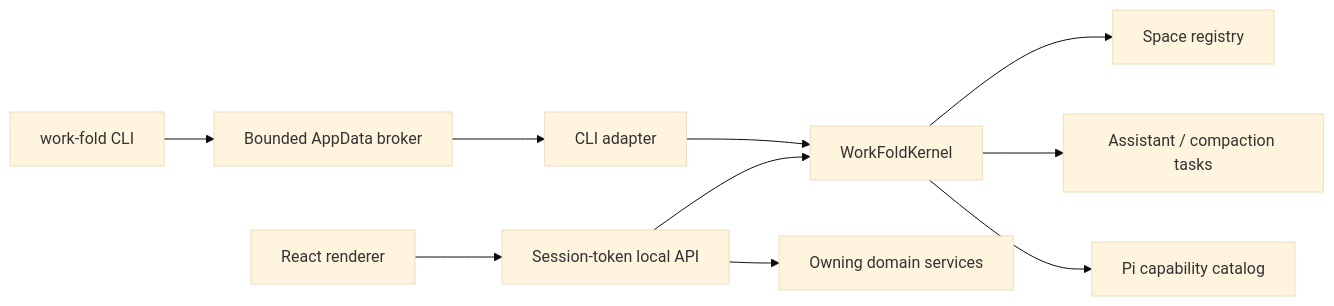
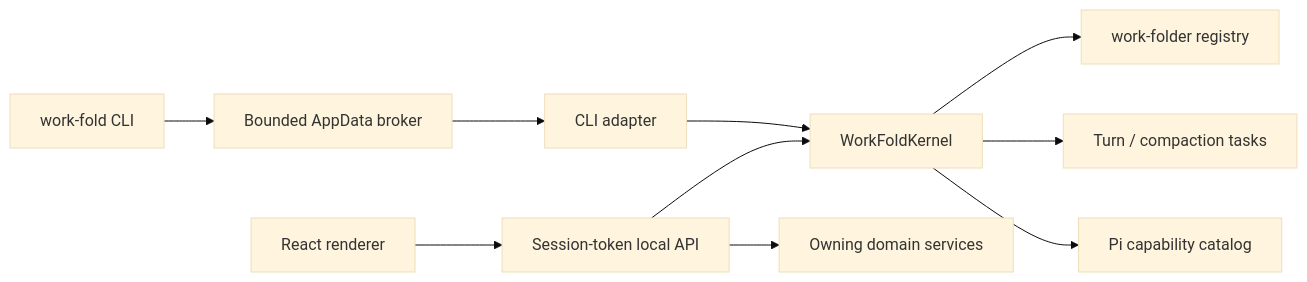
Before and after one commit to Mat-Tom-Son/work-fold: the first of 2 diagrams in docs/architecture.md, drawn with Mermaid (base theme). The commit also changed other lines of this file and 636 other files, not shown here.

````diff
--- a/docs/architecture.md
+++ b/docs/architecture.md
@@ -17,12 +17,12 @@
 ```mermaid
 flowchart LR
   renderer["React renderer"] --> api["Session-token local API"]
   cli["work-fold CLI"] --> broker["Bounded AppData broker"]
   broker --> adapter["CLI adapter"]
   api --> kernel["WorkFoldKernel"]
   adapter --> kernel
-  kernel --> spaces["Space registry"]
-  kernel --> tasks["Assistant / compaction tasks"]
+  kernel --> work-folders["work-folder registry"]
+  kernel --> tasks["Turn / compaction tasks"]
   kernel --> pi["Pi capability catalog"]
   api --> mutations["Owning domain services"]
 ```
````
